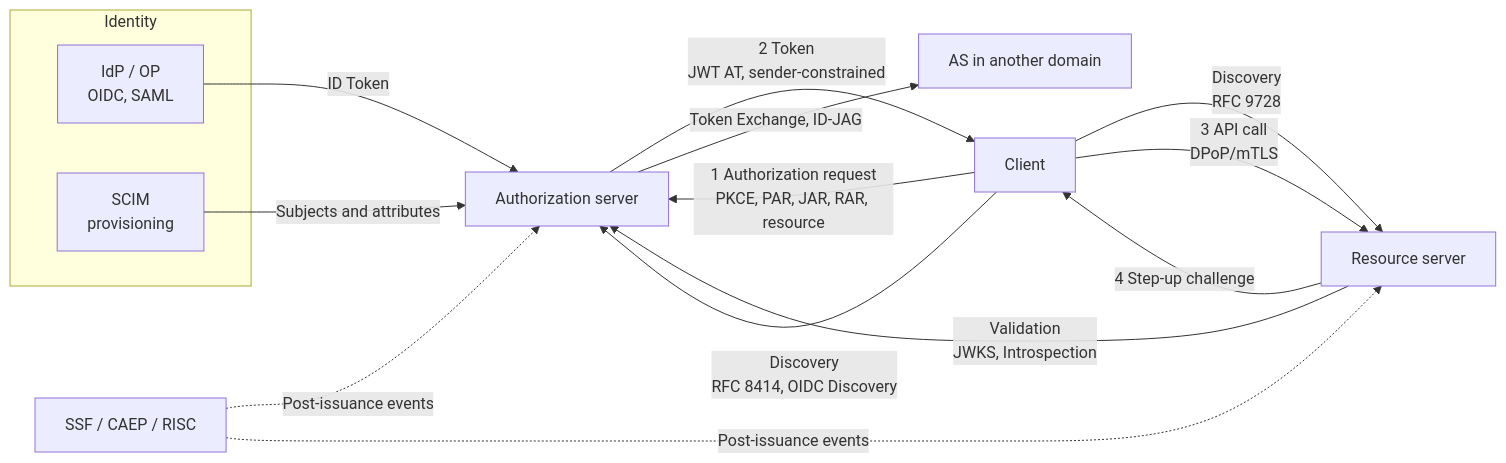
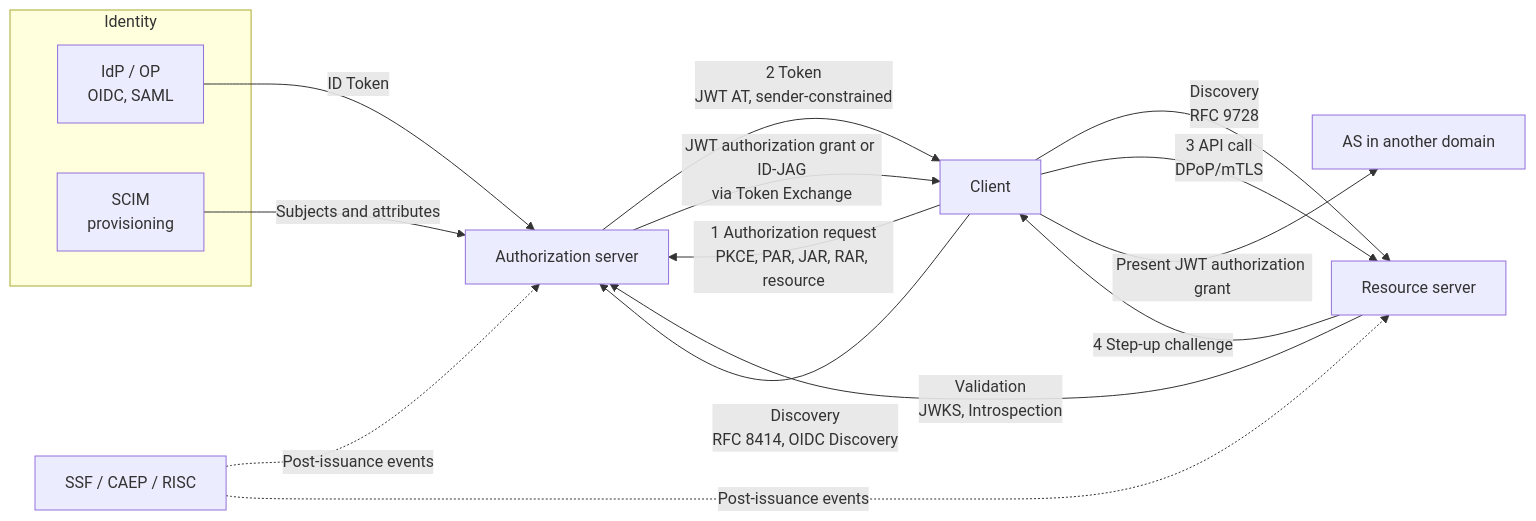
One commit to bmf-san/bmf-tech changed the first of 2 diagrams in content/en/posts/oauth-standards-map-authorization-platform.md. Above: the diagram before and after it, drawn with Mermaid. The commit also changed other lines of this file and 1 other file, not shown here.

First line of the commit message:
fix: OAuth 関連標準の地図の記事のドメイン横断の図と CIMD・ID-JAG・PAR の記述を原文に合わせる

````diff
--- a/content/en/posts/oauth-standards-map-authorization-platform.md
+++ b/content/en/posts/oauth-standards-map-authorization-platform.md
@@ -50,19 +50,20 @@
 ```mermaid
 flowchart LR
   subgraph ID["Identity"]
     IdP["IdP / OP<br/>OIDC, SAML"]
     SCIM["SCIM<br/>provisioning"]
   end
   C["Client"] -- "1 Authorization request<br/>PKCE, PAR, JAR, RAR, resource" --> AS["Authorization server"]
   C -- "Discovery<br/>RFC 9728" --> RS["Resource server"]
   C -- "Discovery<br/>RFC 8414, OIDC Discovery" --> AS
   AS -- "2 Token<br/>JWT AT, sender-constrained" --> C
   C -- "3 API call<br/>DPoP/mTLS" --> RS
   RS -- "Validation<br/>JWKS, Introspection" --> AS
   RS -- "4 Step-up challenge" --> C
   IdP -- "ID Token" --> AS
   SCIM -- "Subjects and attributes" --> AS
   T["SSF / CAEP / RISC"] -. "Post-issuance events" .-> AS
   T -. "Post-issuance events" .-> RS
-  AS -- "Token Exchange, ID-JAG" --> AS2["AS in another domain"]
+  AS -- "JWT authorization grant or ID-JAG<br/>via Token Exchange" --> C
+  C -- "Present JWT authorization grant" --> AS2["AS in another domain"]
 ```
````
